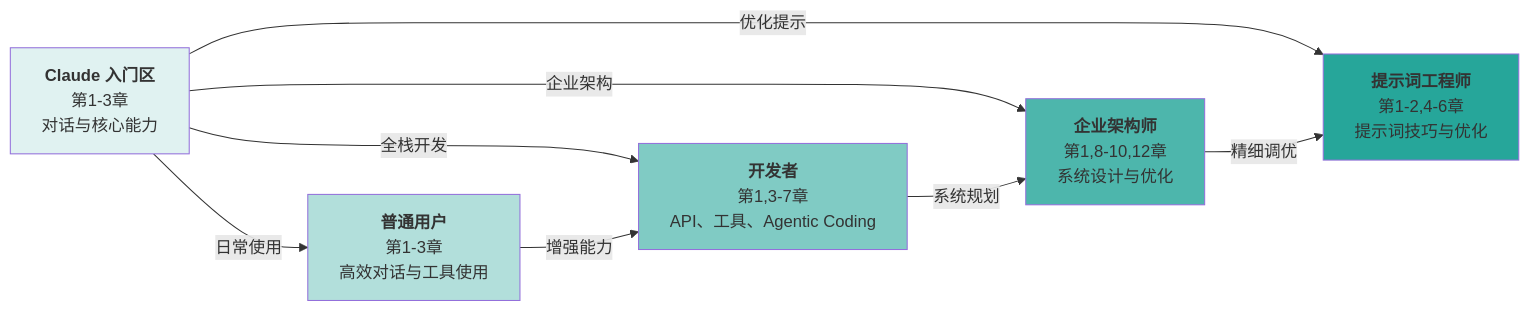
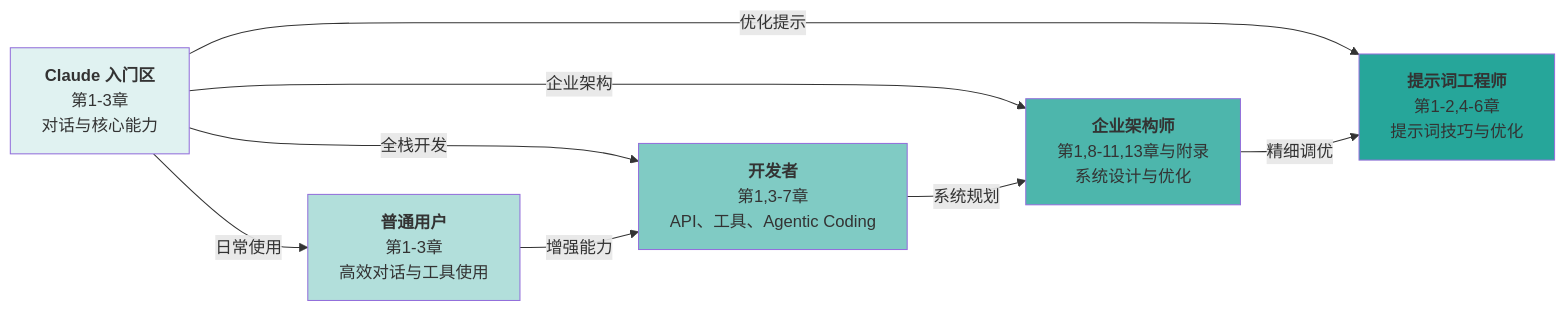
Before and after one commit to yeasy/claude_guide: the diagram in README.md, drawn with Mermaid. The commit also changed 10 other files, not shown here.

````diff
--- a/README.md
+++ b/README.md
@@ -121,16 +121,16 @@
 ```mermaid
 graph LR
     A["<b>Claude 入门区</b><br/>第1-3章<br/>对话与核心能力"] -->|日常使用| B["<b>普通用户</b><br/>第1-3章<br/>高效对话与工具使用"]
     A -->|全栈开发| C["<b>开发者</b><br/>第1,3-7章<br/>API、工具、Agentic Coding"]
-    A -->|企业架构| D["<b>企业架构师</b><br/>第1,8-10,12章<br/>系统设计与优化"]
+    A -->|企业架构| D["<b>企业架构师</b><br/>第1,8-11,13章与附录<br/>系统设计与优化"]
     A -->|优化提示| E["<b>提示词工程师</b><br/>第1-2,4-6章<br/>提示词技巧与优化"]
     B -->|增强能力| C
     C -->|系统规划| D
     D -->|精细调优| E
 
     style A fill:#e0f2f1
     style B fill:#b2dfdb
     style C fill:#80cbc4
     style D fill:#4db6ac
     style E fill:#26a69a
 ```
````
